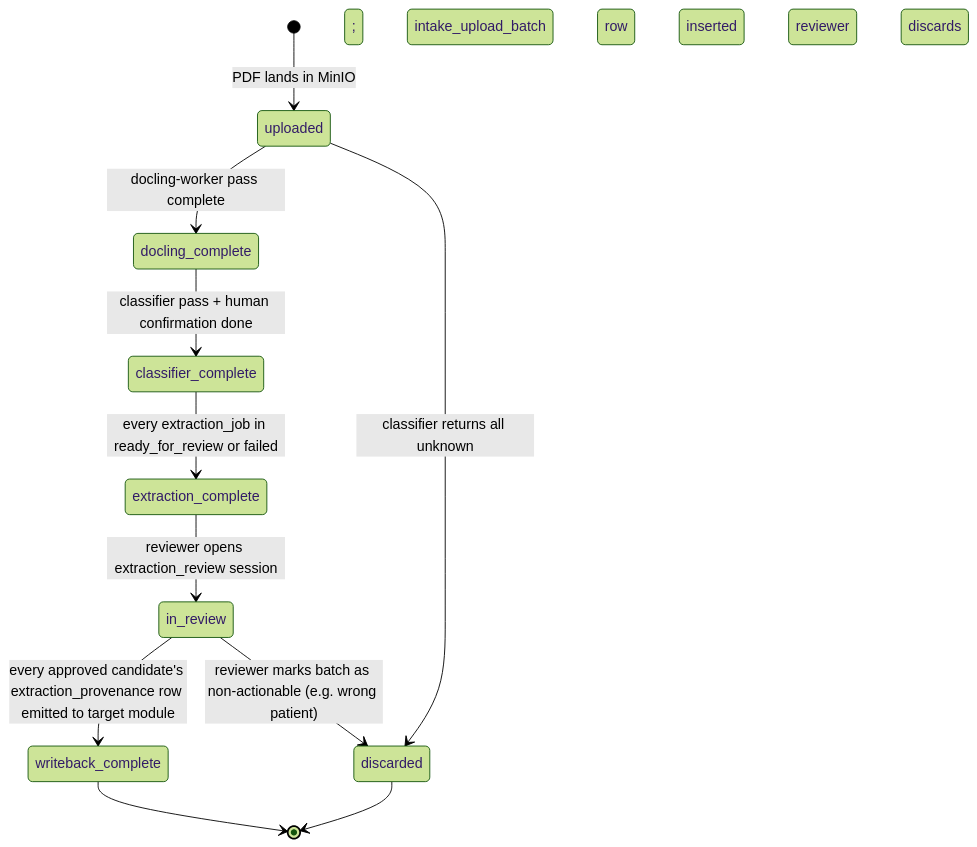
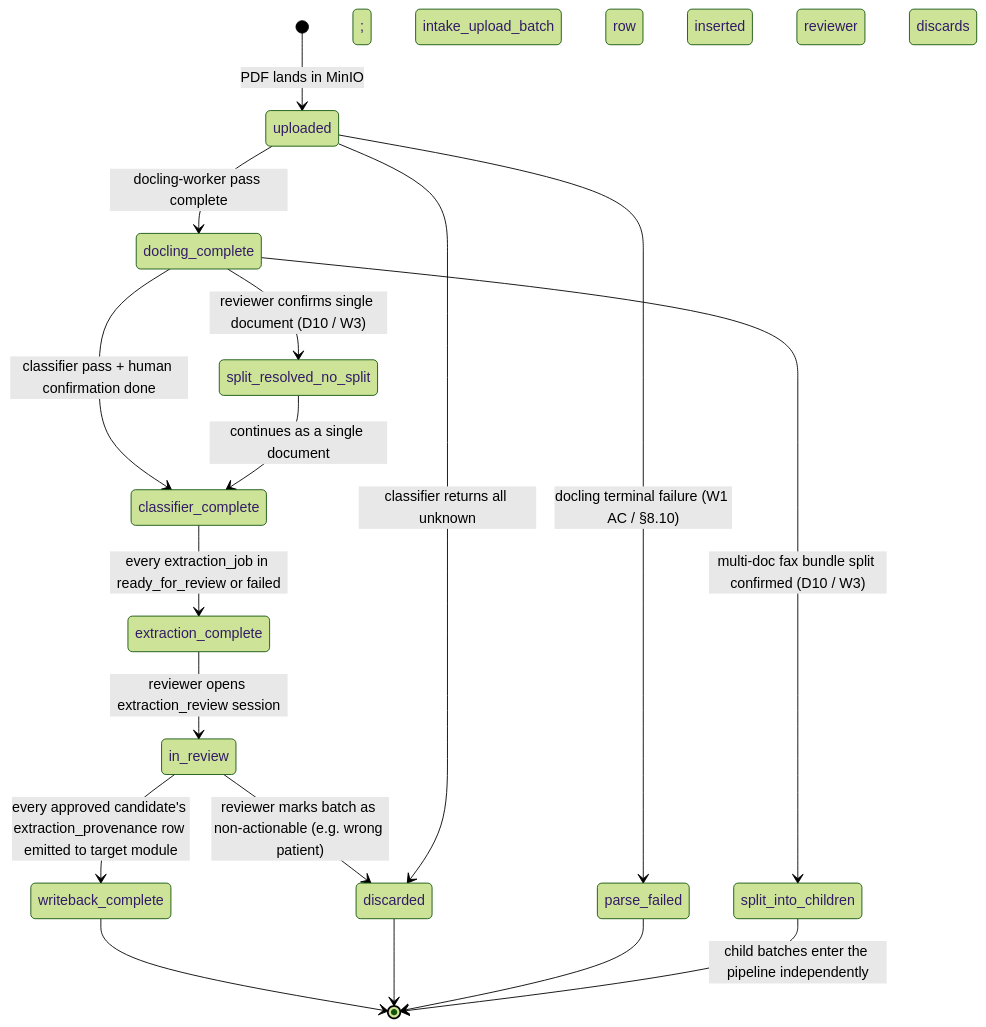
Before and after one commit to Engrace-Hospice/chartwarden: the fifth of 7 diagrams in docs/modules/WARDENX_MODULE_22_DOCUMENTS_SPEC_v0_5.md, drawn with Mermaid (forest theme). The commit also changed other lines of this file and 1 other file, not shown here.

First line of the commit message:
fix(spec): Batch-5 M22-F16+F19 — single permission catalog + status/event/column truth

````diff
--- a/docs/modules/WARDENX_MODULE_22_DOCUMENTS_SPEC_v0_5.md
+++ b/docs/modules/WARDENX_MODULE_22_DOCUMENTS_SPEC_v0_5.md
@@ -491,13 +493,19 @@
 ```mermaid
 stateDiagram-v2
     [*] --> uploaded: PDF lands in MinIO; intake_upload_batch row inserted
     uploaded --> docling_complete: docling-worker pass complete
+    uploaded --> parse_failed: docling terminal failure (W1 AC / §8.10)
     docling_complete --> classifier_complete: classifier pass + human confirmation done
+    docling_complete --> split_into_children: multi-doc fax bundle split confirmed (D10 / W3)
+    docling_complete --> split_resolved_no_split: reviewer confirms single document (D10 / W3)
+    split_resolved_no_split --> classifier_complete: continues as a single document
     classifier_complete --> extraction_complete: every extraction_job in ready_for_review or failed
     extraction_complete --> in_review: reviewer opens extraction_review session
     in_review --> writeback_complete: every approved candidate's extraction_provenance row emitted to target module
     in_review --> discarded: reviewer marks batch as non-actionable (e.g. wrong patient)
     uploaded --> discarded: classifier returns all unknown; reviewer discards
     writeback_complete --> [*]
     discarded --> [*]
+    parse_failed --> [*]
+    split_into_children --> [*]: child batches enter the pipeline independently
 ```
````
